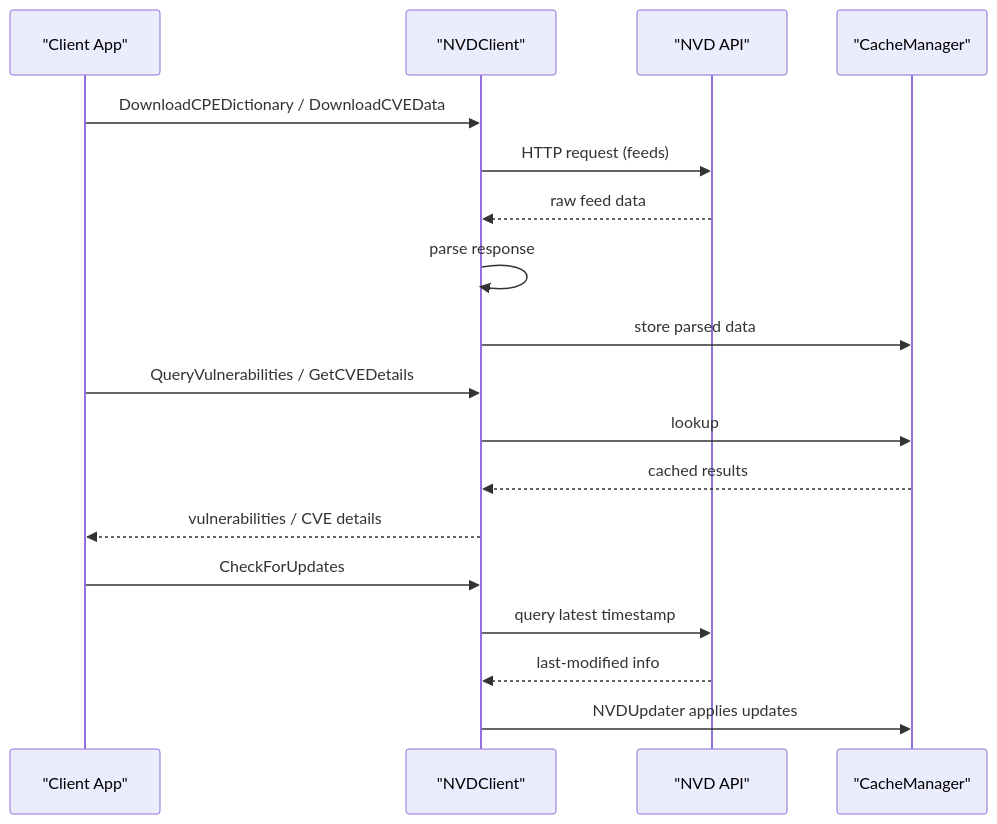
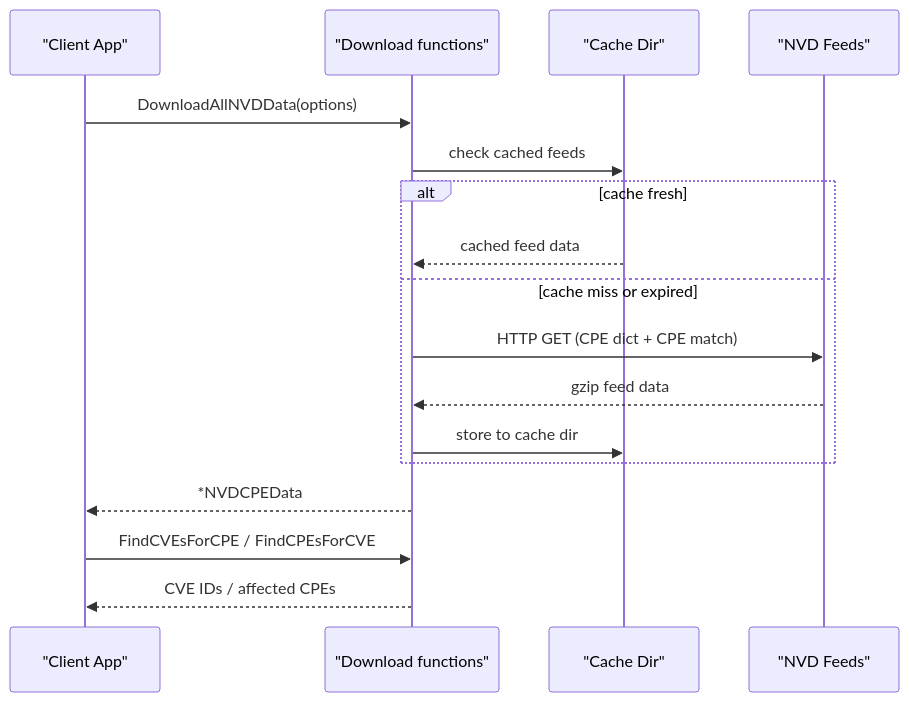
One commit to scagogogo/cpe-skills changed the diagram in website/en/api/nvd.md. Above: the diagram before and after it, drawn with Mermaid. The commit also changed other lines of this file and 18 other files, not shown here.

````diff
--- a/website/en/api/nvd.md
+++ b/website/en/api/nvd.md
@@ -7,23 +7,21 @@
 ```mermaid
 sequenceDiagram
     participant App as "Client App"
-    participant Client as "NVDClient"
-    participant API as "NVD API"
-    participant Cache as "CacheManager"
+    participant DL as "Download functions"
+    participant Cache as "Cache Dir"
+    participant NVD as "NVD Feeds"
 
-    App->>Client: DownloadCPEDictionary / DownloadCVEData
-    Client->>API: HTTP request (feeds)
-    API-->>Client: raw feed data
-    Client->>Client: parse response
-    Client->>Cache: store parsed data
+    App->>DL: DownloadAllNVDData(options)
+    DL->>Cache: check cached feeds
+    alt cache fresh
+        Cache-->>DL: cached feed data
+    else cache miss or expired
+        DL->>NVD: HTTP GET (CPE dict + CPE match)
+        NVD-->>DL: gzip feed data
+        DL->>Cache: store to cache dir
+    end
+    DL-->>App: *NVDCPEData
 
-    App->>Client: QueryVulnerabilities / GetCVEDetails
-    Client->>Cache: lookup
-    Cache-->>Client: cached results
-    Client-->>App: vulnerabilities / CVE details
-
-    App->>Client: CheckForUpdates
-    Client->>API: query latest timestamp
-    API-->>Client: last-modified info
-    Client->>Cache: NVDUpdater applies updates
+    App->>DL: FindCVEsForCPE / FindCPEsForCVE
+    DL-->>App: CVE IDs / affected CPEs
 ```
````
